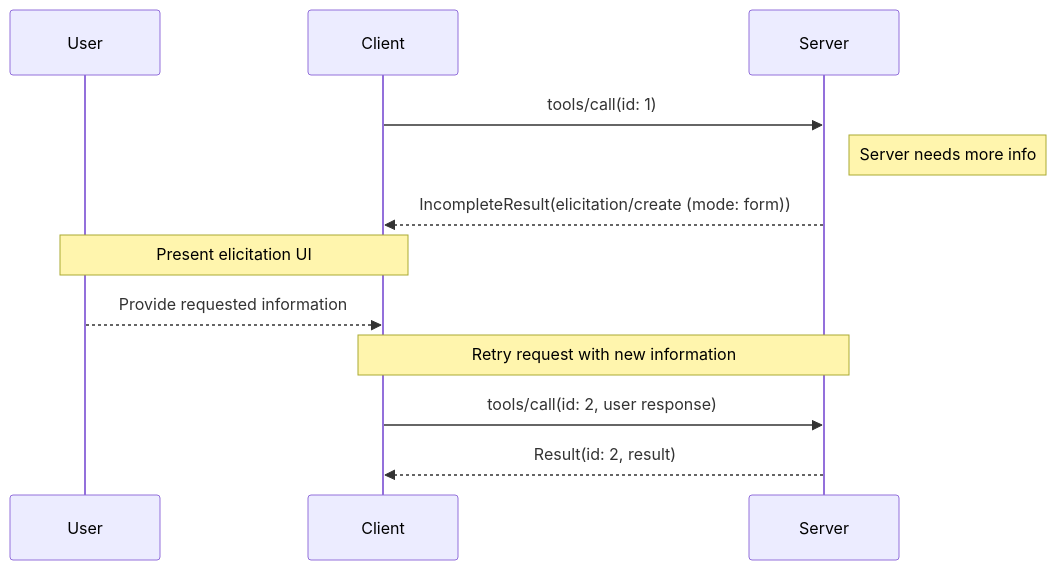
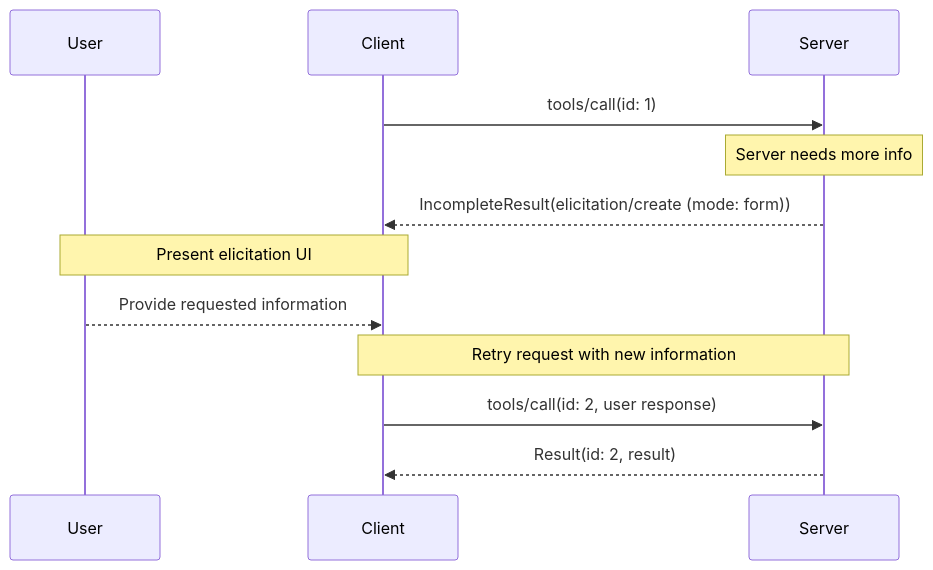
Before and after one commit to modelcontextprotocol/modelcontextprotocol: the first of 3 diagrams in docs/specification/draft/client/elicitation.mdx, drawn with Mermaid. The commit also changed other lines of this file and 1 other file, not shown here.

Commit message:
update elicitation diagrams and roots page

````diff
--- a/docs/specification/draft/client/elicitation.mdx
+++ b/docs/specification/draft/client/elicitation.mdx
@@ -445,17 +445,17 @@
 ```mermaid
 sequenceDiagram
     participant User
     participant Client
     participant Server
 
     Client->>Server: tools/call(id: 1)
-    note right of Server: Server needs more info
+    note over Server: Server needs more info
     Server-->>Client: IncompleteResult(elicitation/create (mode: form))
 
     Note over User,Client: Present elicitation UI
     User-->>Client: Provide requested information
 
     Note over Server,Client: Retry request with new information
     Client->>Server: tools/call(id: 2, user response)
     Server-->>Client: Result(id: 2, result)
 ```
````
